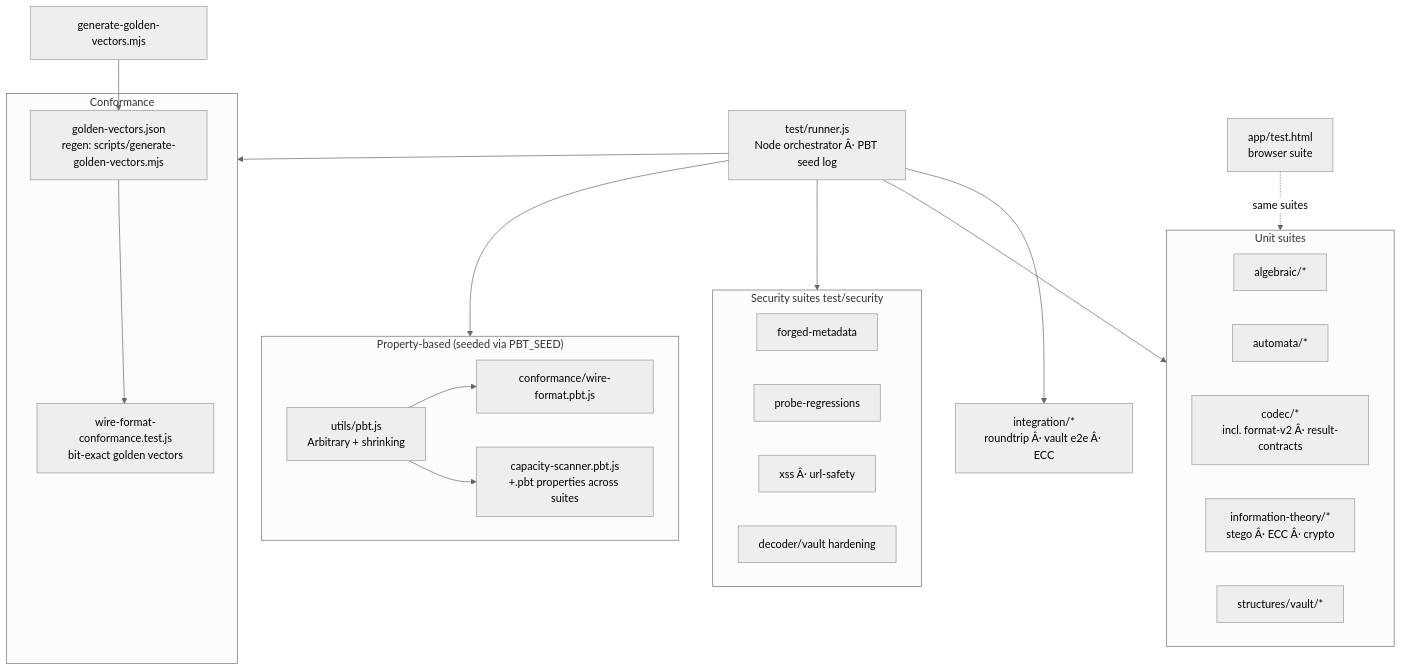
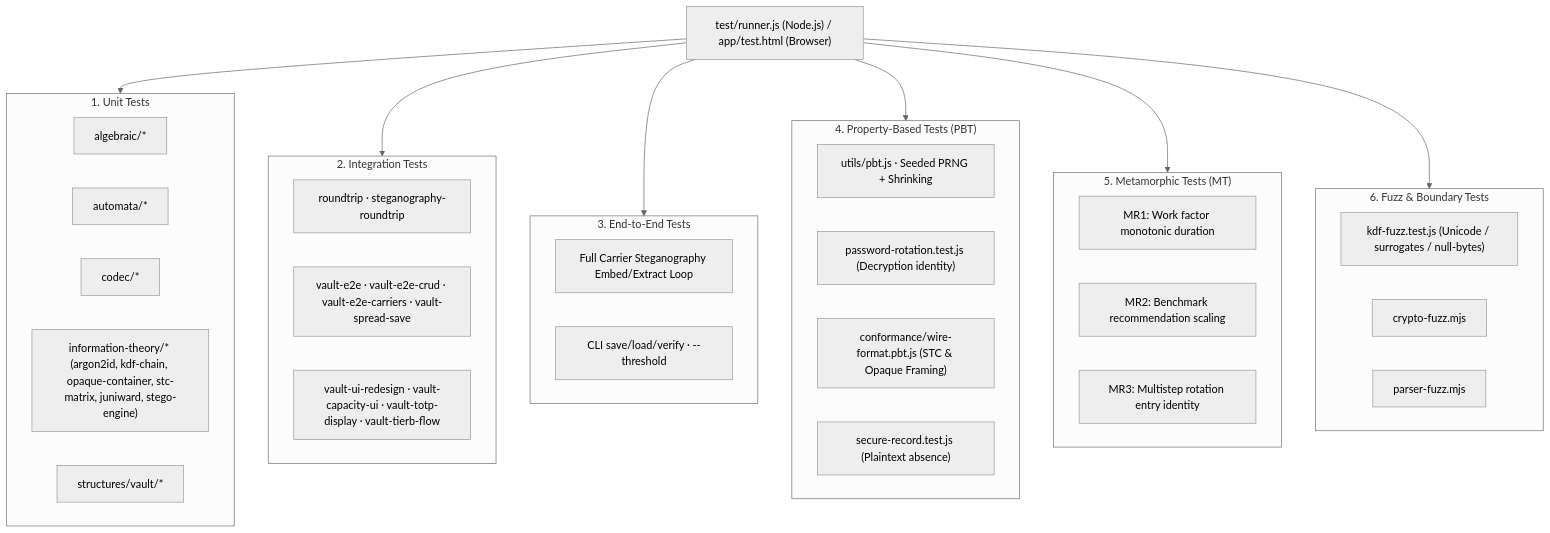
The fifth of 5 diagrams in src/specs/WIREFRAME.md (jessebeard/Ollie), drawn with Mermaid (neutral theme) before and after one commit. The commit also changed other lines of this file and 200 other files, not shown here.

````diff
--- a/src/specs/WIREFRAME.md
+++ b/src/specs/WIREFRAME.md
@@ -414,44 +360,49 @@
 ```mermaid
 flowchart TB
-    RUNNER["test/runner.js<br/>Node orchestrator Â· PBT seed log"]
+    RUNNER["test/runner.js (Node.js) / app/test.html (Browser)"]
 
-    subgraph UNIT["Unit suites"]
+    subgraph UNIT["1. Unit Tests"]
         ALGT["algebraic/*"]
         AUTT["automata/*"]
-        CODECT["codec/*<br/>incl. format-v2 Â· result-contracts"]
-        ITT["information-theory/*<br/>stego Â· ECC Â· crypto"]
+        CODECT["codec/*"]
+        ITT["information-theory/* (argon2id, kdf-chain, opaque-container, stc-matrix, juniward, stego-engine)"]
         STRUCTT["structures/vault/*"]
     end
 
-    subgraph SEC["Security suites test/security"]
-        FORGED["forged-metadata"]
-        PROBE["probe-regressions"]
-        XSS["xss Â· url-safety"]
-        HARD["decoder/vault hardening"]
+    subgraph INTEG["2. Integration Tests"]
+        ROUND["roundtrip · steganography-roundtrip"]
+        VE2E["vault-e2e · vault-e2e-crud · vault-e2e-carriers · vault-spread-save"]
+        VUIFLOW["vault-ui-redesign · vault-capacity-ui · vault-totp-display · vault-tierb-flow"]
     end
 
-    subgraph CONF["Conformance"]
-        GOLD["wire-format-conformance.test.js<br/>bit-exact golden vectors"]
-        VECJSON["golden-vectors.json<br/>regen: scripts/generate-golden-vectors.mjs"]
+    subgraph E2E["3. End-to-End Tests"]
+        FULLV["Full Carrier Steganography Embed/Extract Loop"]
+        CLIE2E["CLI save/load/verify · --threshold"]
     end
 
-    subgraph PBTW["Property-based (seeded via PBT_SEED)"]
-        HARNESS["utils/pbt.js<br/>Arbitrary + shrinking"]
-        WFPBT["conformance/wire-format.pbt.js"]
-        OTHERPBT["capacity-scanner.pbt.js<br/>+.pbt properties across suites"]
+    subgraph PBTW["4. Property-Based Tests (PBT)"]
+        HARNESS["utils/pbt.js · Seeded PRNG + Shrinking"]
+        ROTPBT["password-rotation.test.js (Decryption identity)"]
+        WFPBT["conformance/wire-format.pbt.js (STC & Opaque Framing)"]
+        SECPBT["secure-record.test.js (Plaintext absence)"]
     end
 
-    INTEG["integration/*<br/>roundtrip Â· vault e2e Â· ECC"]
-    BROWSER["app/test.html<br/>browser suite"]
+    subgraph MT["5. Metamorphic Tests (MT)"]
+        MR1["MR1: Work factor monotonic duration"]
+        MR2["MR2: Benchmark recommendation scaling"]
+        MR3["MR3: Multistep rotation entry identity"]
+    end
+
+    subgraph FUZZ["6. Fuzz & Boundary Tests"]
+        KDFFUZZ["kdf-fuzz.test.js (Unicode / surrogates / null-bytes)"]
+        CRYPTOFUZZ["crypto-fuzz.mjs"]
+        PARSERFUZZ["parser-fuzz.mjs"]
+    end
 
     RUNNER --> UNIT
-    RUNNER --> SEC
-    RUNNER --> CONF
+    RUNNER --> INTEG
+    RUNNER --> E2E
     RUNNER --> PBTW
-    RUNNER --> INTEG
-    GEN["generate-golden-vectors.mjs"] --> VECJSON
-    VECJSON --> GOLD
-    HARNESS --> WFPBT
-    HARNESS --> OTHERPBT
-    BROWSER -.same suites.-> UNIT
+    RUNNER --> MT
+    RUNNER --> FUZZ
 ```
````
